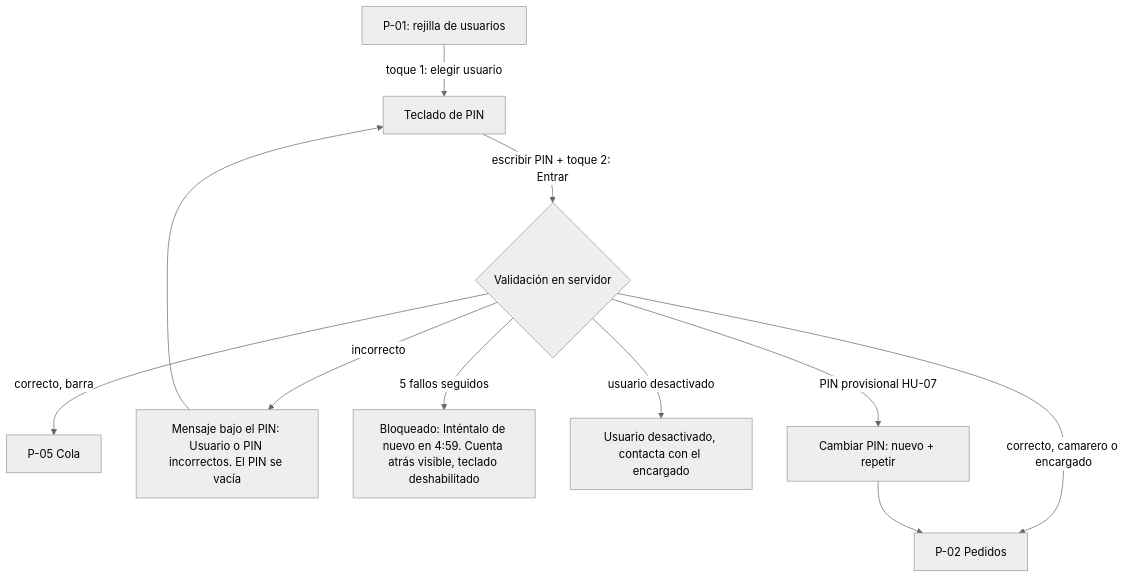
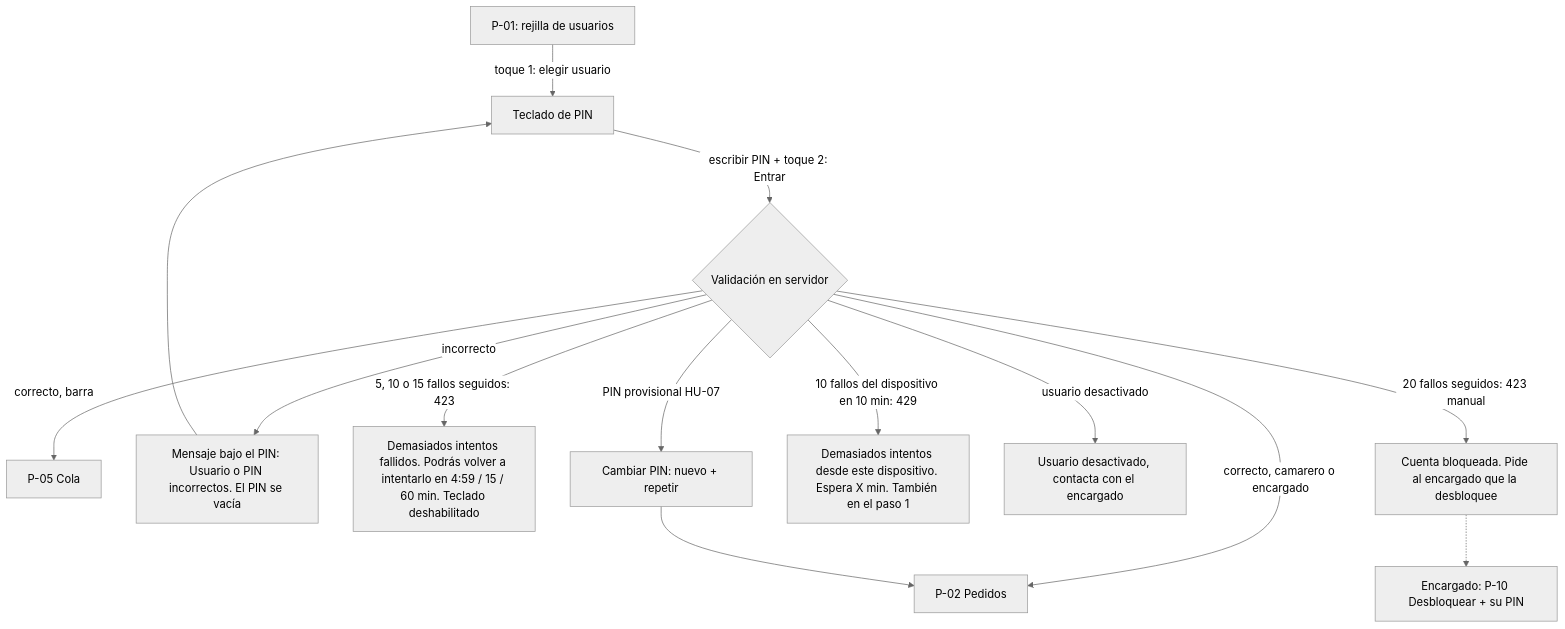
One commit to Pablo592/testing-ia changed the second of 7 diagrams in docs/ux/flujos.md. Above: the diagram before and after it, drawn with Mermaid (neutral theme). The commit also changed other lines of this file and 8 other files, not shown here.

````diff
--- a/docs/ux/flujos.md
+++ b/docs/ux/flujos.md
@@ -58,12 +60,15 @@
 ```mermaid
 flowchart TD
   A[P-01: rejilla de usuarios] -->|toque 1: elegir usuario| B[Teclado de PIN]
   B -->|escribir PIN + toque 2: Entrar| V{Validación en servidor}
   V -->|correcto, camarero o encargado| P[P-02 Pedidos]
   V -->|correcto, barra| C[P-05 Cola]
   V -->|incorrecto| E[Mensaje bajo el PIN: Usuario o PIN incorrectos. El PIN se vacía]
   E --> B
-  V -->|5 fallos seguidos| K[Bloqueado: Inténtalo de nuevo en 4:59. Cuenta atrás visible, teclado deshabilitado]
+  V -->|5, 10 o 15 fallos seguidos: 423| K[Demasiados intentos fallidos. Podrás volver a intentarlo en 4:59 / 15 / 60 min. Teclado deshabilitado]
+  V -->|20 fallos seguidos: 423 manual| KM[Cuenta bloqueada. Pide al encargado que la desbloquee]
+  KM -.-> UL[Encargado: P-10 Desbloquear + su PIN]
+  V -->|10 fallos del dispositivo en 10 min: 429| KD[Demasiados intentos desde este dispositivo. Espera X min. También en el paso 1]
   V -->|usuario desactivado| X[Usuario desactivado, contacta con el encargado]
   V -->|PIN provisional HU-07| Q[Cambiar PIN: nuevo + repetir] --> P
 ```
````
